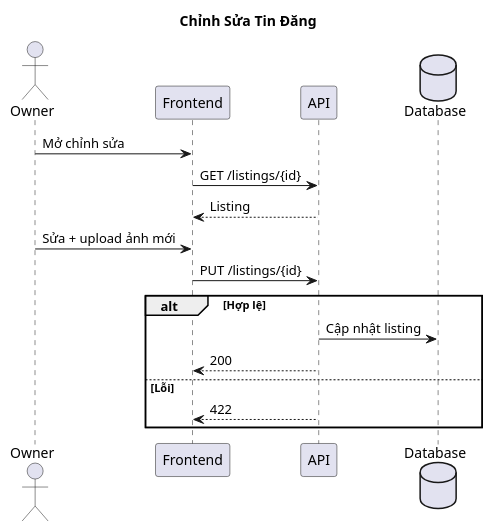
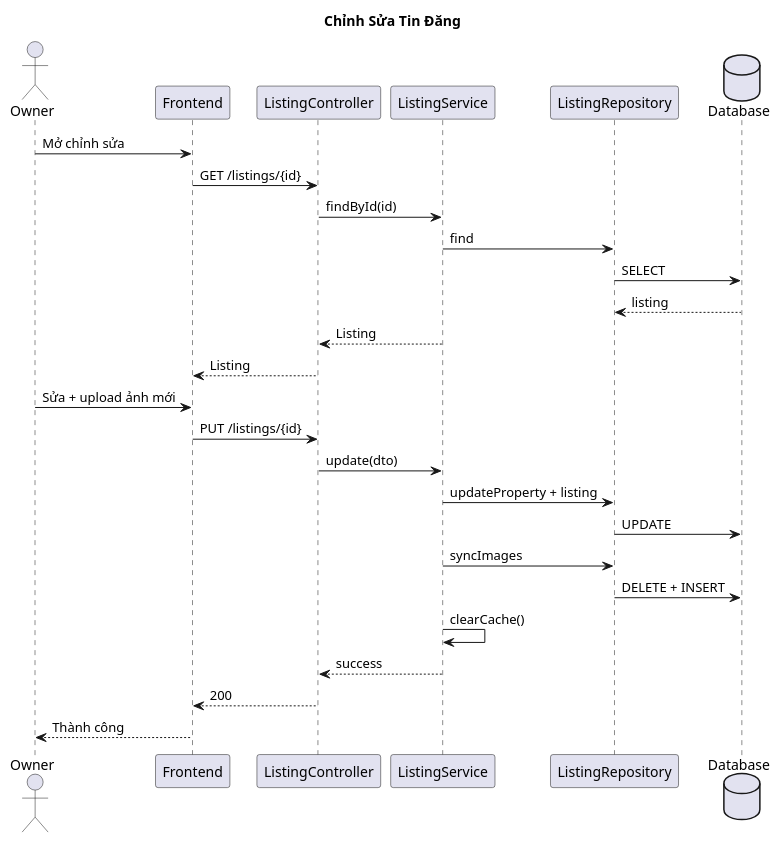
The diagram in docs/sequence-diagram-chinh-sua-tin-dang.md (BuiThaiBao/Propify), drawn with PlantUML before and after one commit. The commit also changed other lines of this file and 11 other files, not shown here.

Commit message:
feat: update sequence diagrams to reflect 3-layer architecture and detailed interactions

````diff
--- a/docs/sequence-diagram-chinh-sua-tin-dang.md
+++ b/docs/sequence-diagram-chinh-sua-tin-dang.md
@@ -3,22 +3,32 @@
 ```plantuml
 @startuml
 title Chỉnh Sửa Tin Đăng
 
 actor "Owner" as Owner
 participant "Frontend" as FE
-participant "API" as API
+participant "ListingController" as Controller
+participant "ListingService" as Service
+participant "ListingRepository" as Repo
 database "Database" as DB
 
 Owner -> FE: Mở chỉnh sửa
-FE -> API: GET /listings/{id}
-API --> FE: Listing
+FE -> Controller: GET /listings/{id}
+Controller -> Service: findById(id)
+Service -> Repo: find
+Repo -> DB: SELECT
+DB --> Repo: listing
+Service --> Controller: Listing
+Controller --> FE: Listing
 Owner -> FE: Sửa + upload ảnh mới
-FE -> API: PUT /listings/{id}
-alt Hợp lệ
-  API -> DB: Cập nhật listing
-  API --> FE: 200
-else Lỗi
-  API --> FE: 422
-end
+FE -> Controller: PUT /listings/{id}
+Controller -> Service: update(dto)
+Service -> Repo: updateProperty + listing
+Repo -> DB: UPDATE
+Service -> Repo: syncImages
+Repo -> DB: DELETE + INSERT
+Service -> Service: clearCache()
+Service --> Controller: success
+Controller --> FE: 200
+FE --> Owner: Thành công
 @enduml
 ```
````
